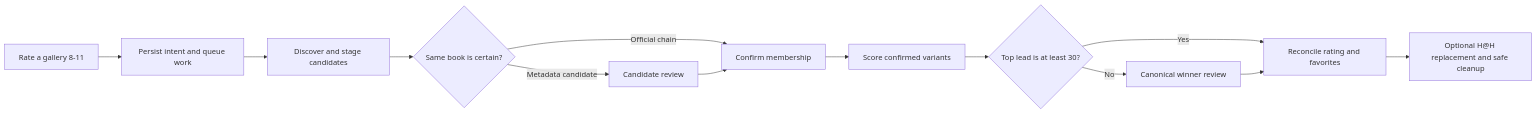
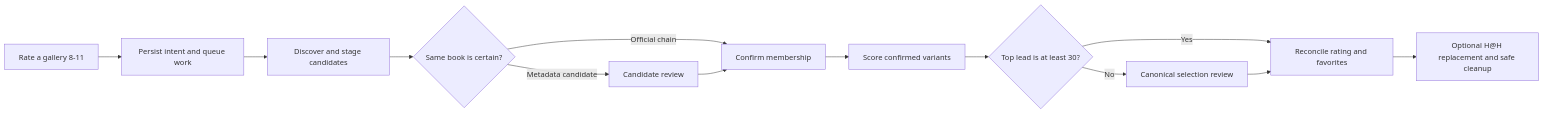
The diagram in docs/gallery-variants.md (FlandreDaisuki/yomiko), drawn with Mermaid before and after one commit. The commit also changed other lines of this file and 3 other files, not shown here.

````diff
--- a/docs/gallery-variants.md
+++ b/docs/gallery-variants.md
@@ -70,15 +70,15 @@
 ```mermaid
 flowchart LR
     Feedback["Rate a gallery 8-11"] --> Queue["Persist intent and queue work"]
     Queue --> Discovery["Discover and stage candidates"]
     Discovery --> Identity{"Same book is certain?"}
     Identity -->|Official chain| Confirm["Confirm membership"]
     Identity -->|Metadata candidate| CandidateReview["Candidate review"]
     CandidateReview --> Confirm
     Confirm --> Score["Score confirmed variants"]
     Score --> Winner{"Top lead is at least 30?"}
     Winner -->|Yes| Actions["Reconcile rating and favorites"]
-    Winner -->|No| WinnerReview["Canonical winner review"]
+    Winner -->|No| WinnerReview["Canonical selection review"]
     WinnerReview --> Actions
     Actions --> Retention["Optional H@H replacement and safe cleanup"]
 ```
````
